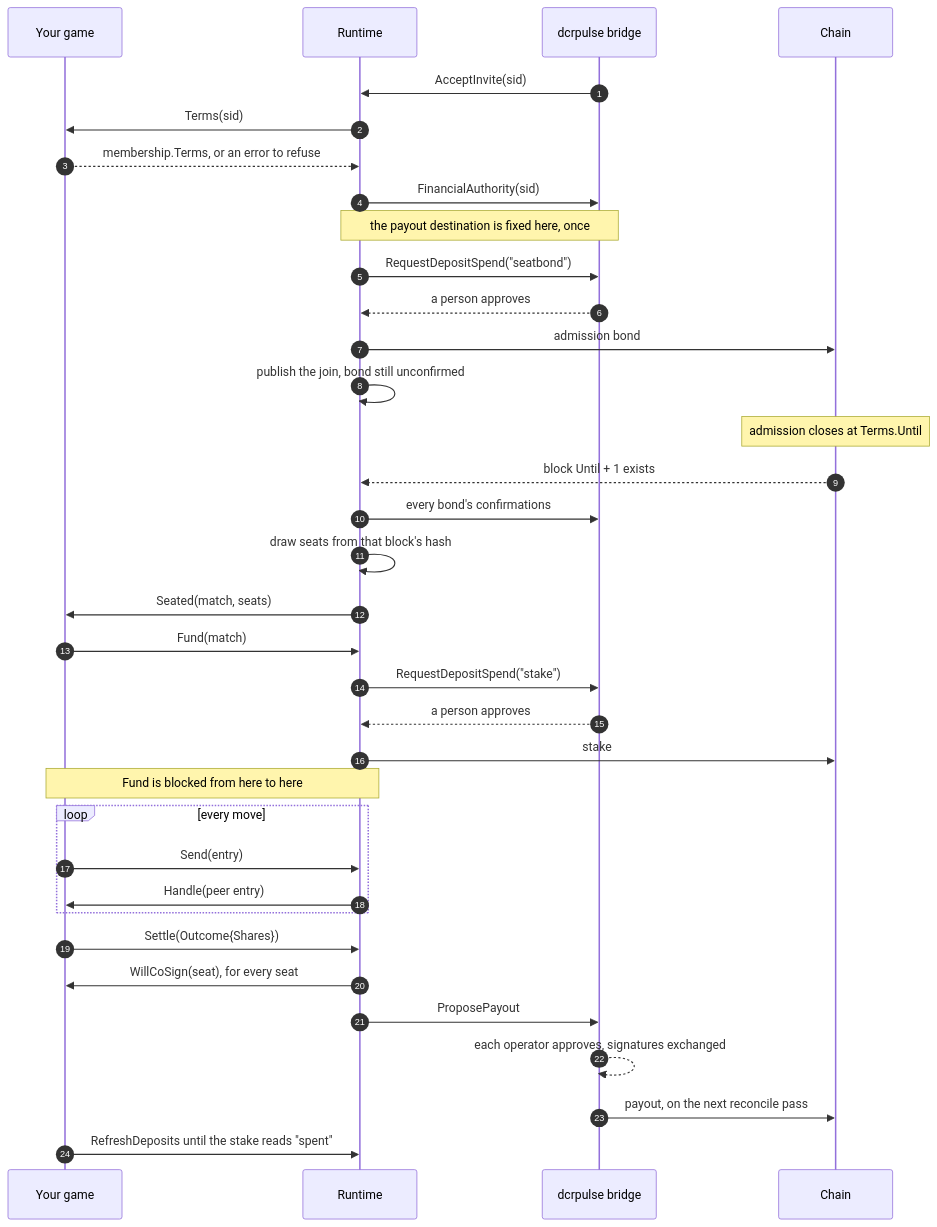
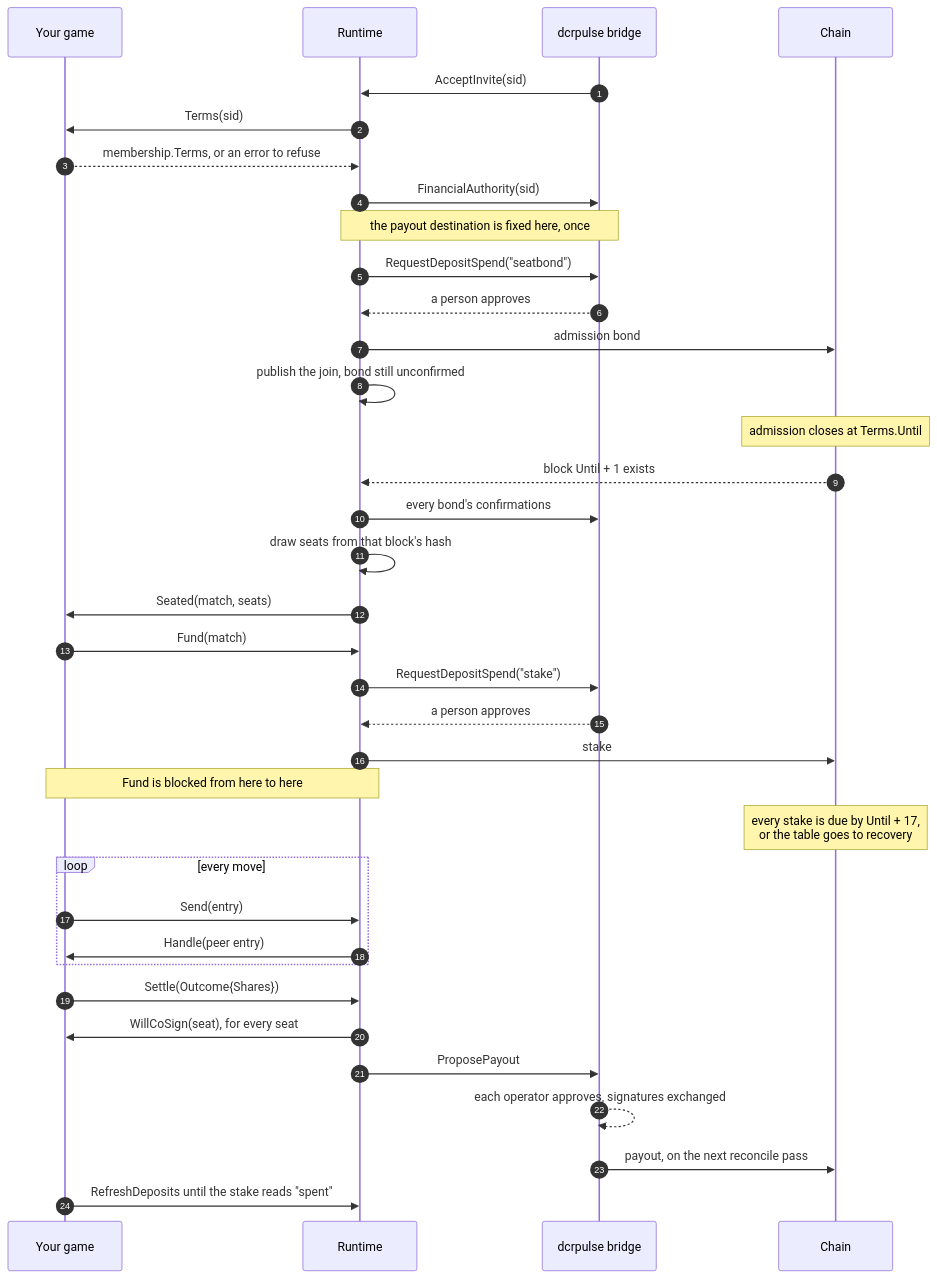
One commit to karamble/dcrgaming-sdk changed the diagram in docs/building-a-game.md. Above: the diagram before and after it, drawn with Mermaid. The commit also changed other lines of this file and 6 other files, not shown here.

````diff
--- a/docs/building-a-game.md
+++ b/docs/building-a-game.md
@@ -31,42 +31,43 @@
 ```mermaid
 sequenceDiagram
     autonumber
     participant G as Your game
     participant R as Runtime
     participant B as dcrpulse bridge
     participant C as Chain
 
     B->>R: AcceptInvite(sid)
     R->>G: Terms(sid)
     G-->>R: membership.Terms, or an error to refuse
     R->>B: FinancialAuthority(sid)
     Note over R,B: the payout destination is fixed here, once
     R->>B: RequestDepositSpend("seatbond")
     B-->>R: a person approves
     R->>C: admission bond
     R->>R: publish the join, bond still unconfirmed
 
     Note over C: admission closes at Terms.Until
     C-->>R: block Until + 1 exists
     R->>B: every bond's confirmations
     R->>R: draw seats from that block's hash
     R->>G: Seated(match, seats)
 
     G->>R: Fund(match)
     R->>B: RequestDepositSpend("stake")
     B-->>R: a person approves
     R->>C: stake
     Note over G,R: Fund is blocked from here to here
+    Note over C: every stake is due by Until + 17,<br/>or the table goes to recovery
 
     loop every move
         G->>R: Send(entry)
         R->>G: Handle(peer entry)
     end
 
     G->>R: Settle(Outcome{Shares})
     R->>G: WillCoSign(seat), for every seat
     R->>B: ProposePayout
     B-->>B: each operator approves, signatures exchanged
     B->>C: payout, on the next reconcile pass
     G->>R: RefreshDeposits until the stake reads "spent"
 ```
````
